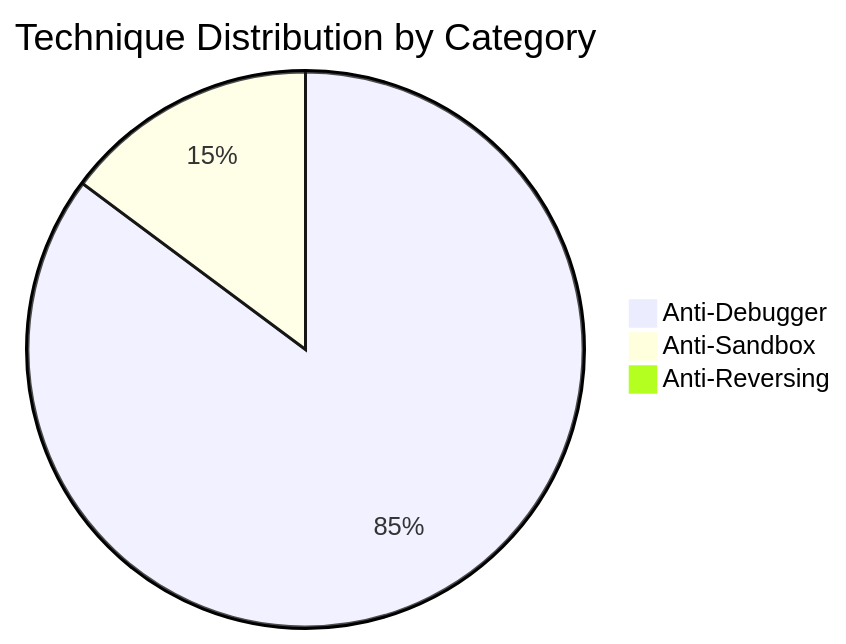
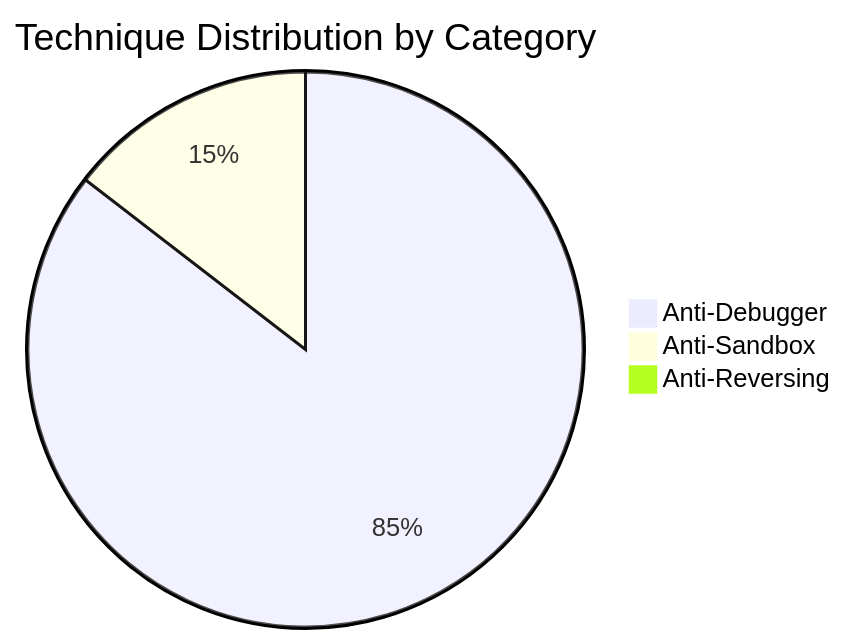
Before and after one commit to mabj/anti: the second of 8 diagrams in docs/diagrams/taxonomy.md, drawn with Mermaid. The commit also changed other lines of this file and 8 other files, not shown here.

````diff
--- a/docs/diagrams/taxonomy.md
+++ b/docs/diagrams/taxonomy.md
@@ -34,6 +34,6 @@
 ```mermaid
 pie title Technique Distribution by Category
-    "Anti-Debugger" : 46
+    "Anti-Debugger" : 47
     "Anti-Sandbox" : 8
     "Anti-Reversing" : 0
 ```
````
